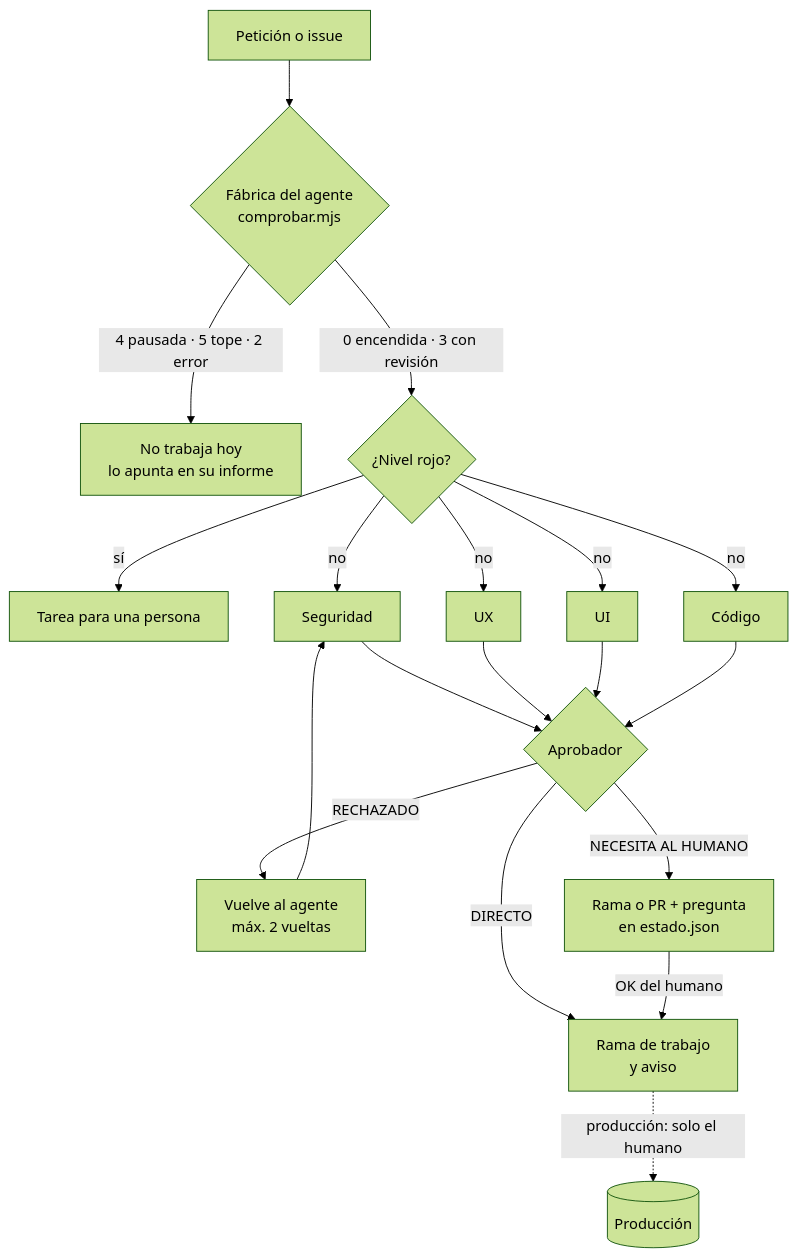
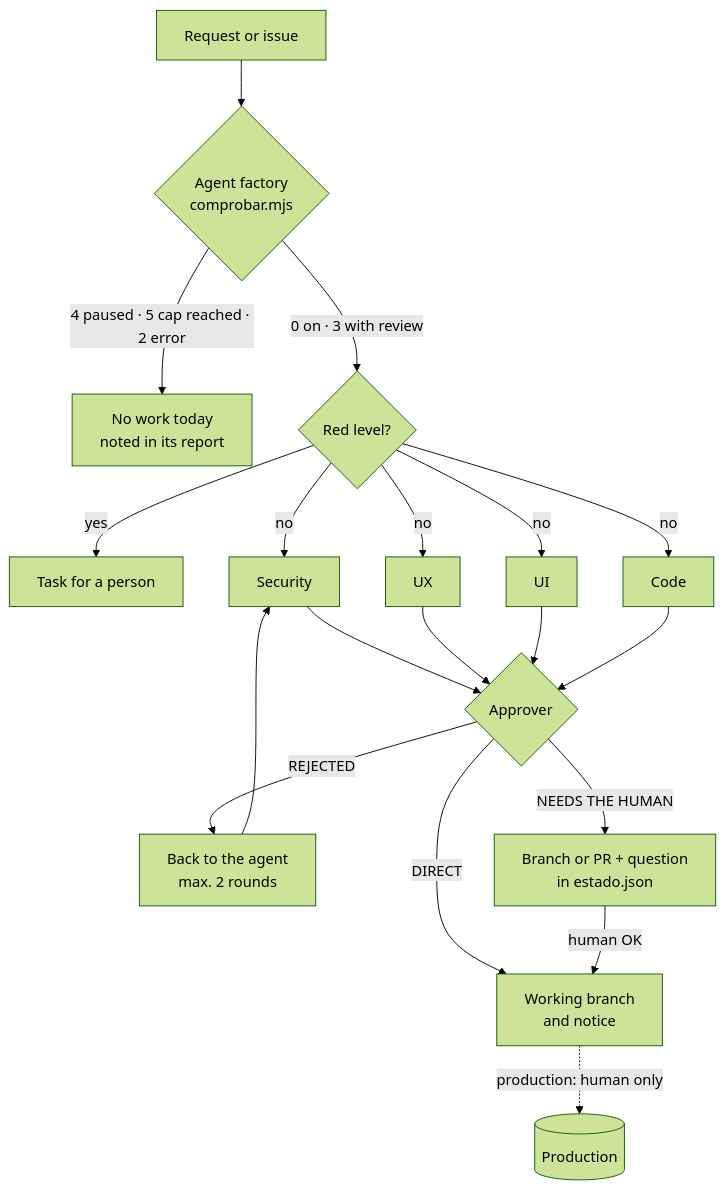
The diagram in README.md (miguelpalaciosgg/oficina-agentes), drawn with Mermaid (forest theme) before and after one commit. The commit also changed other lines of this file, not shown here.

````diff
--- a/README.md
+++ b/README.md
@@ -34,14 +34,14 @@
 ```mermaid
 flowchart TD
-    P[Petición o issue] --> F{"Fábrica del agente<br/>comprobar.mjs"}
-    F -- "4 pausada · 5 tope · 2 error" --> X[No trabaja hoy<br/>lo apunta en su informe]
-    F -- "0 encendida · 3 con revisión" --> C{¿Nivel rojo?}
-    C -- sí --> H[Tarea para una persona]
-    C -- no --> R1[Seguridad] & R2[UX] & R3[UI] & R4[Código]
-    R1 & R2 & R3 & R4 --> A{Aprobador}
-    A -- RECHAZADO --> V[Vuelve al agente<br/>máx. 2 vueltas] --> R1
-    A -- DIRECTO --> D[Rama de trabajo<br/>y aviso]
-    A -- NECESITA AL HUMANO --> Q[Rama o PR + pregunta<br/>en estado.json]
-    Q -- OK del humano --> D
-    D -. producción: solo el humano .-> PROD[(Producción)]
+    P[Request or issue] --> F{"Agent factory<br/>comprobar.mjs"}
+    F -- "4 paused · 5 cap reached · 2 error" --> X[No work today<br/>noted in its report]
+    F -- "0 on · 3 with review" --> C{Red level?}
+    C -- yes --> H[Task for a person]
+    C -- no --> R1[Security] & R2[UX] & R3[UI] & R4[Code]
+    R1 & R2 & R3 & R4 --> A{Approver}
+    A -- REJECTED --> V[Back to the agent<br/>max. 2 rounds] --> R1
+    A -- DIRECT --> D[Working branch<br/>and notice]
+    A -- NEEDS THE HUMAN --> Q[Branch or PR + question<br/>in estado.json]
+    Q -- human OK --> D
+    D -. production: human only .-> PROD[(Production)]
 ```
````
